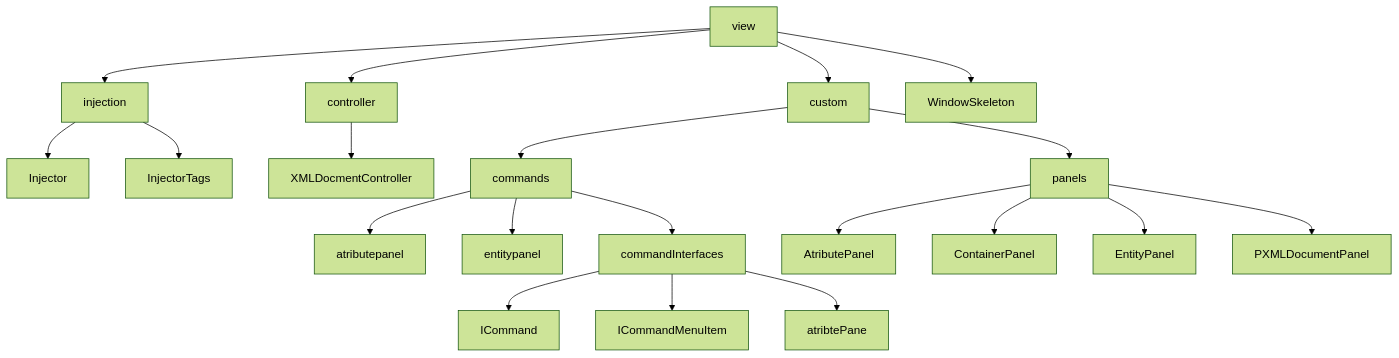
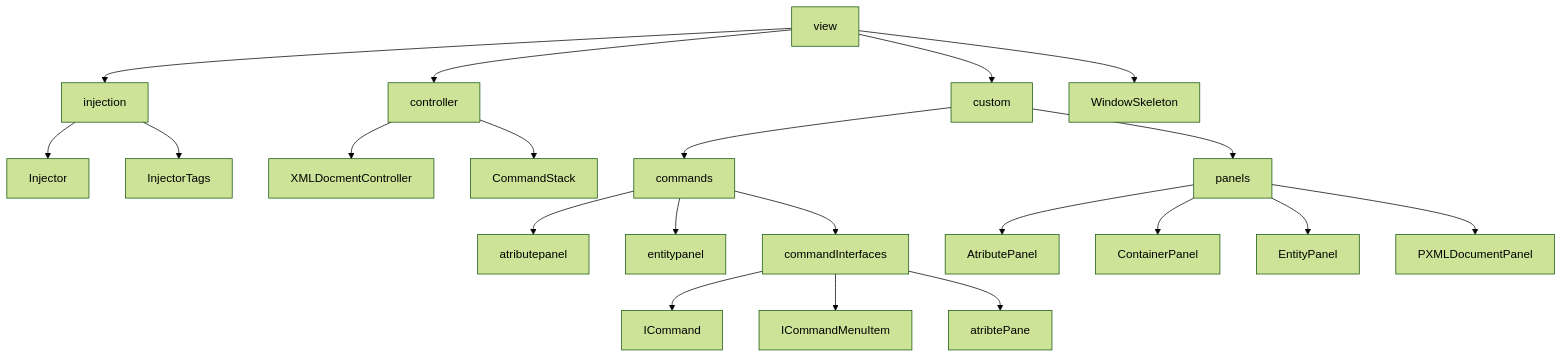
The second of 8 diagrams in README.md (JoaoAlmeida-dev/XML-Generator-API-AdvancedProgramming), drawn with Mermaid (forest theme) before and after one commit. The commit also changed other lines of this file and 11 other files, not shown here.

Commit message:
added more graphs to readMe fixed xmlAtribute now stores Any in value parameter xml entities can now create boolean atributes added accept to commands and panels now take that into account

````diff
--- a/README.md
+++ b/README.md
@@ -72,27 +72,28 @@
 ```mermaid
 graph TD;
    view --> custom
    view --> injection
    view --> controller
    view --> WindowSkeleton
    
    injection --> Injector
    injection --> InjectorTags
    
    controller --> XMLDocmentController
+   controller --> CommandStack
    
    custom --> commands
    commands --> atributepanel
    commands --> entitypanel 
    commands --> commandInterfaces
    commandInterfaces --> ICommand
    commandInterfaces --> ICommandMenuItem
    commandInterfaces --> atribtePane
    
    custom --> panels
    panels --> AtributePanel
    panels --> ContainerPanel
    panels --> EntityPanel
    panels --> PXMLDocumentPanel
    
 ```
````
